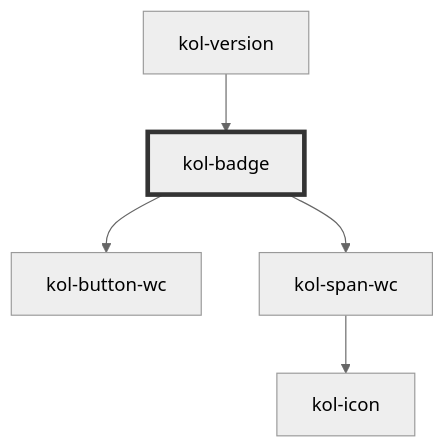
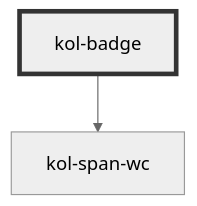
The diagram in packages/components/src/components/badge/readme.md (public-ui/kolibri), drawn with Mermaid (neutral theme) before and after one commit. The commit also changed other lines of this file and 90 other files, not shown here.

````diff
--- a/packages/components/src/components/badge/readme.md
+++ b/packages/components/src/components/badge/readme.md
@@ -122,8 +117,5 @@
 ```mermaid
 graph TD;
-  kol-badge --> kol-button-wc
   kol-badge --> kol-span-wc
-  kol-span-wc --> kol-icon
-  kol-version --> kol-badge
   style kol-badge stroke:#333,stroke-width:4px
 ```
````
